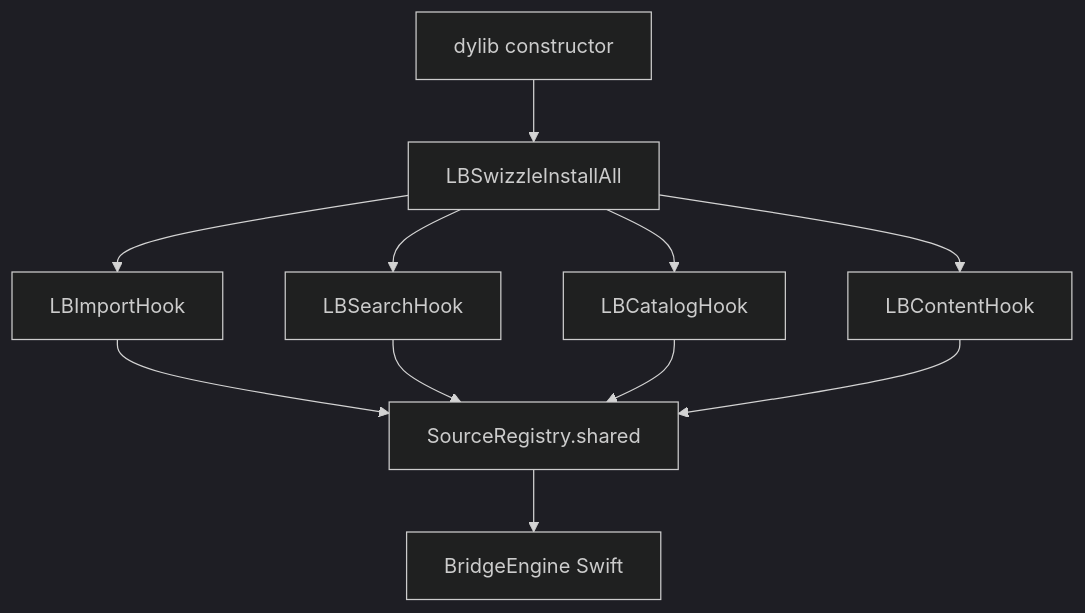
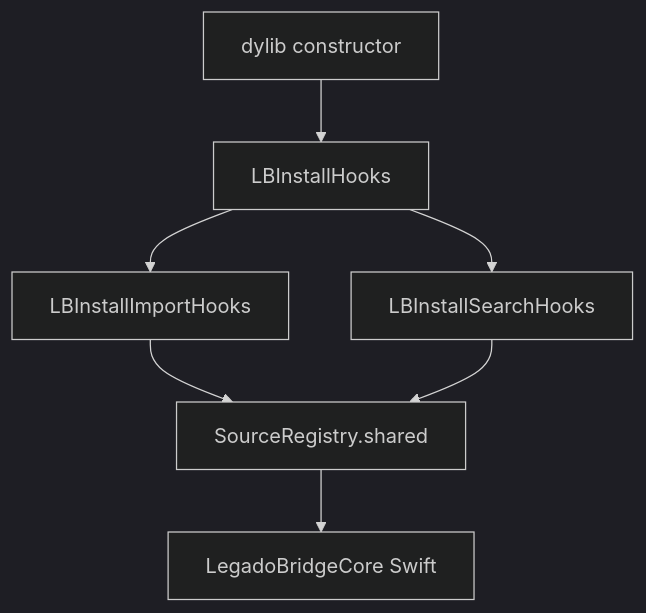
One commit to chrn11/xiangse changed the second of 2 diagrams in docs/hook-map.md. Above: the diagram before and after it, drawn with Mermaid (dark theme). The commit also changed other lines of this file and 1 other file, not shown here.

````diff
--- a/docs/hook-map.md
+++ b/docs/hook-map.md
@@ -135,13 +143,9 @@
 ```mermaid
 flowchart TD
-    A[dylib constructor] --> B[LBSwizzleInstallAll]
-    B --> C[LBImportHook]
-    B --> D[LBSearchHook]
-    B --> E[LBCatalogHook]
-    B --> F[LBContentHook]
+    A[dylib constructor] --> B[LBInstallHooks]
+    B --> C[LBInstallImportHooks]
+    B --> D[LBInstallSearchHooks]
     C --> G[SourceRegistry.shared]
     D --> G
-    E --> G
-    F --> G
-    G --> H[BridgeEngine Swift]
+    G --> H[LegadoBridgeCore Swift]
 ```
````
